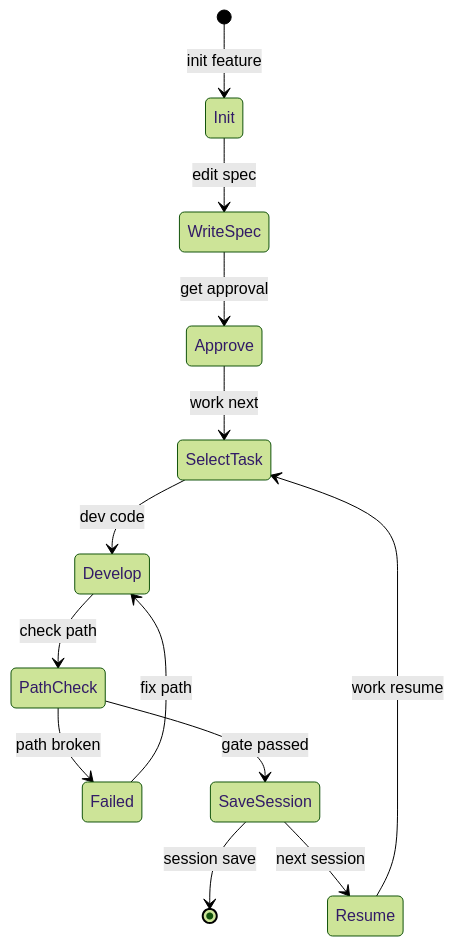
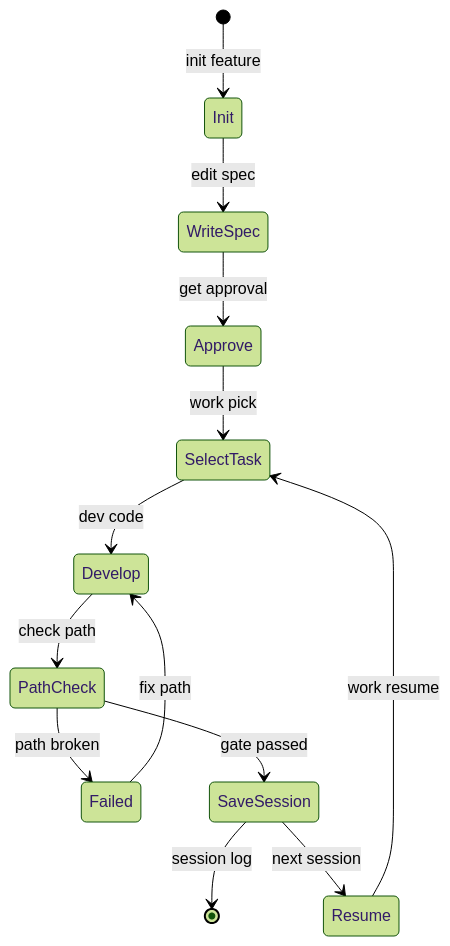
One commit to AgenticFlowX/afx changed the ninth of 10 diagrams in README.md. Above: the diagram before and after it, drawn with Mermaid (forest theme). The commit also changed other lines of this file and 46 other files, not shown here.

````diff
--- a/README.md
+++ b/README.md
@@ -346,16 +346,16 @@
 ```mermaid
 stateDiagram-v2
     [*] --> Init : init feature
     Init --> WriteSpec : edit spec
     WriteSpec --> Approve : get approval
-    Approve --> SelectTask : work next
+    Approve --> SelectTask : work pick
     SelectTask --> Develop : dev code
     Develop --> PathCheck : check path
     PathCheck --> Failed : path broken
     PathCheck --> SaveSession : gate passed
     Failed --> Develop : fix path
-    SaveSession --> [*] : session save
+    SaveSession --> [*] : session log
 
     SaveSession --> Resume : next session
     Resume --> SelectTask : work resume
 ```
````
